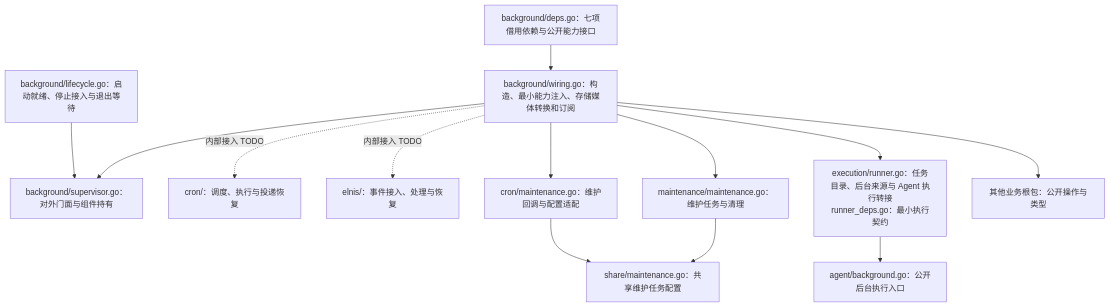
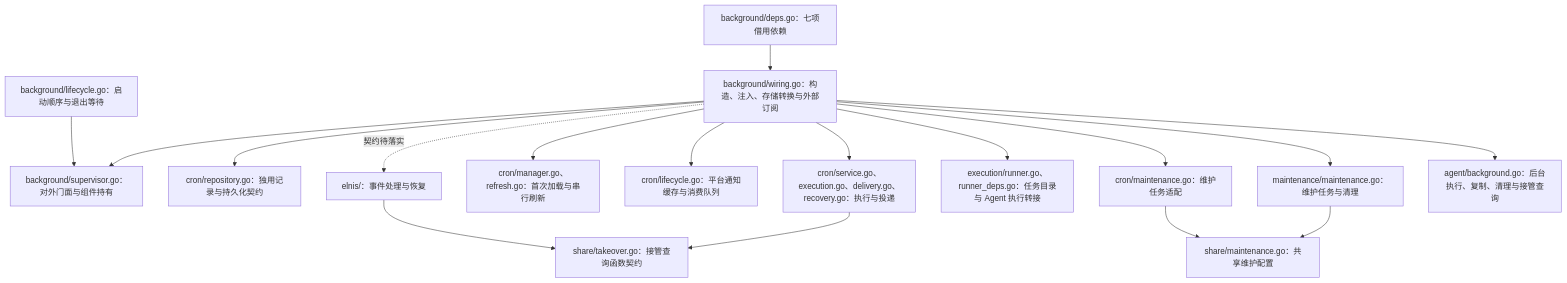
Diagram 16 of 16 in devdocs/architecture.md (Elflare/elbot), drawn with Mermaid before and after one commit. The commit also changed other lines of this file and 48 other files, not shown here.

````diff
--- a/devdocs/architecture.md
+++ b/devdocs/architecture.md
@@ -593,15 +595,19 @@
 ```mermaid
 flowchart TD
-    D["background/deps.go：七项借用依赖与公开能力接口"] --> W["background/wiring.go：构造、最小能力注入、存储媒体转换和订阅"]
+    D["background/deps.go：七项借用依赖"] --> W["background/wiring.go：构造、注入、存储转换与外部订阅"]
     W --> S["background/supervisor.go：对外门面与组件持有"]
-    L["background/lifecycle.go：启动就绪、停止接入与退出等待"] --> S
-    W -.->|内部接入 TODO| C["cron/：调度、执行与投递恢复"]
-    W -.->|内部接入 TODO| E["elnis/：事件接入、处理与恢复"]
+    L["background/lifecycle.go：启动顺序与退出等待"] --> S
+    W --> R["cron/repository.go：独用记录与持久化契约"]
+    W --> C["cron/service.go、execution.go、delivery.go、recovery.go：执行与投递"]
+    W --> F["cron/manager.go、refresh.go：首次加载与串行刷新"]
+    W --> P["cron/lifecycle.go：平台通知缓存与消费队列"]
+    W -.->|契约待落实| E["elnis/：事件处理与恢复"]
+    W --> X["execution/runner.go、runner_deps.go：任务目录与 Agent 执行转接"]
     W --> M["maintenance/maintenance.go：维护任务与清理"]
-    W --> MC["cron/maintenance.go：维护回调与配置适配"]
-    M --> MJ["share/maintenance.go：共享维护任务配置"]
+    W --> MC["cron/maintenance.go：维护任务适配"]
+    M --> MJ["share/maintenance.go：共享维护配置"]
     MC --> MJ
-    W --> X["execution/runner.go：任务目录、后台来源与 Agent 执行转接<br/>runner_deps.go：最小执行契约"]
-    X --> AG["agent/background.go：公开后台执行入口"]
-    W --> P["其他业务根包：公开操作与类型"]
+    C --> Q["share/takeover.go：接管查询函数契约"]
+    E --> Q
+    W --> AG["agent/background.go：后台执行、复制、清理与接管查询"]
 ```
````
